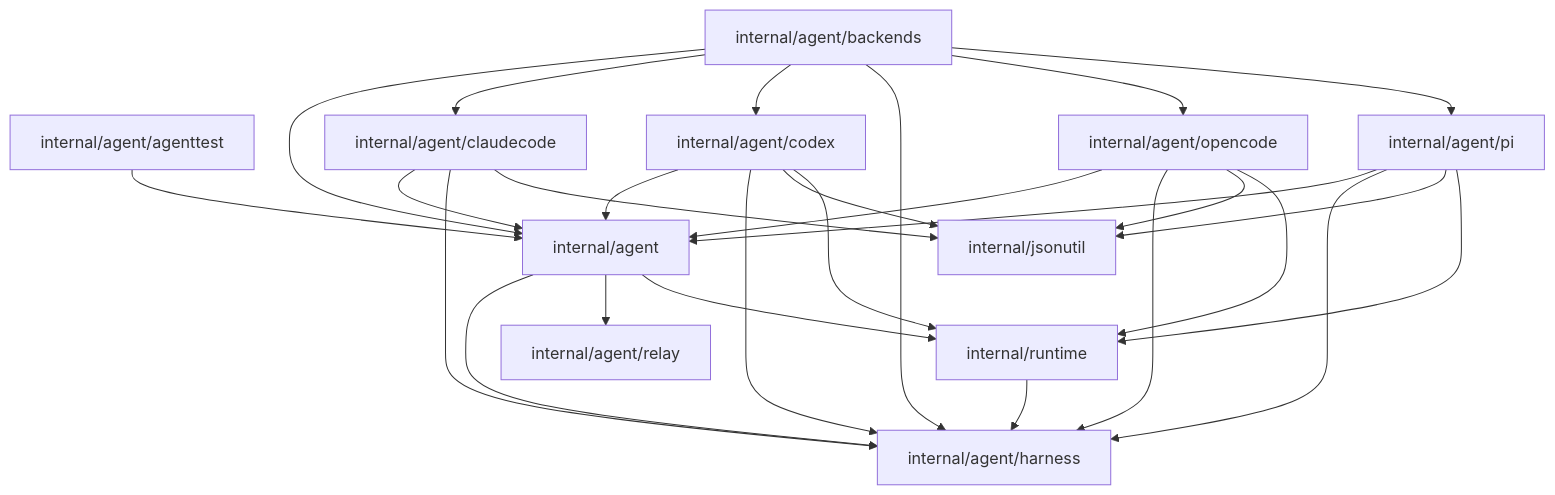
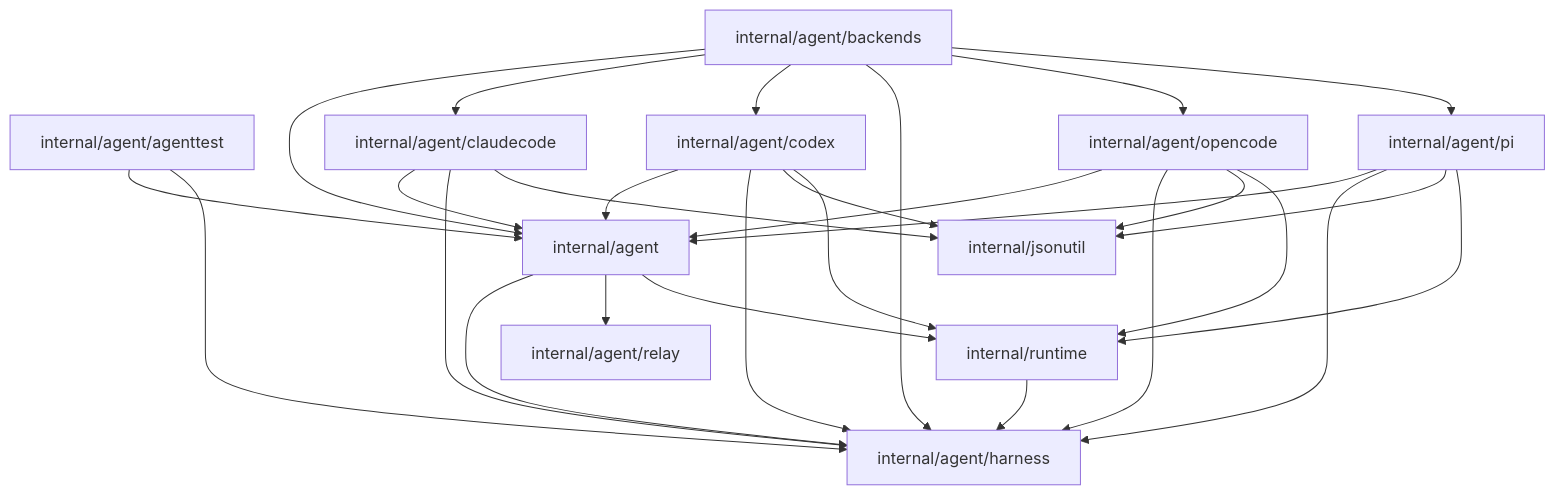
Before and after one commit to caic-xyz/caic: the second of 3 diagrams in backend/docs/ARCHITECTURE.md, drawn with Mermaid. The commit also changed other lines of this file and 20 other files, not shown here.

````diff
--- a/backend/docs/ARCHITECTURE.md
+++ b/backend/docs/ARCHITECTURE.md
@@ -194,41 +194,42 @@
 ```mermaid
 graph TD
   pkg_internal_agent["internal/agent"]
   pkg_internal_agent_agenttest["internal/agent/agenttest"]
   pkg_internal_agent_backends["internal/agent/backends"]
   pkg_internal_agent_claudecode["internal/agent/claudecode"]
   pkg_internal_agent_codex["internal/agent/codex"]
   pkg_internal_agent_harness["internal/agent/harness"]
   pkg_internal_agent_opencode["internal/agent/opencode"]
   pkg_internal_agent_pi["internal/agent/pi"]
   pkg_internal_agent_relay["internal/agent/relay"]
   pkg_internal_jsonutil["internal/jsonutil"]
   pkg_internal_runtime["internal/runtime"]
 
   pkg_internal_agent --> pkg_internal_agent_harness
   pkg_internal_agent --> pkg_internal_agent_relay
   pkg_internal_agent --> pkg_internal_runtime
   pkg_internal_agent_agenttest --> pkg_internal_agent
+  pkg_internal_agent_agenttest --> pkg_internal_agent_harness
   pkg_internal_agent_backends --> pkg_internal_agent
   pkg_internal_agent_backends --> pkg_internal_agent_claudecode
   pkg_internal_agent_backends --> pkg_internal_agent_codex
   pkg_internal_agent_backends --> pkg_internal_agent_harness
   pkg_internal_agent_backends --> pkg_internal_agent_opencode
   pkg_internal_agent_backends --> pkg_internal_agent_pi
   pkg_internal_agent_claudecode --> pkg_internal_agent
   pkg_internal_agent_claudecode --> pkg_internal_agent_harness
   pkg_internal_agent_claudecode --> pkg_internal_jsonutil
   pkg_internal_agent_codex --> pkg_internal_agent
   pkg_internal_agent_codex --> pkg_internal_agent_harness
   pkg_internal_agent_codex --> pkg_internal_jsonutil
   pkg_internal_agent_codex --> pkg_internal_runtime
   pkg_internal_agent_opencode --> pkg_internal_agent
   pkg_internal_agent_opencode --> pkg_internal_agent_harness
   pkg_internal_agent_opencode --> pkg_internal_jsonutil
   pkg_internal_agent_opencode --> pkg_internal_runtime
   pkg_internal_agent_pi --> pkg_internal_agent
   pkg_internal_agent_pi --> pkg_internal_agent_harness
   pkg_internal_agent_pi --> pkg_internal_jsonutil
   pkg_internal_agent_pi --> pkg_internal_runtime
   pkg_internal_runtime --> pkg_internal_agent_harness
 ```
````
